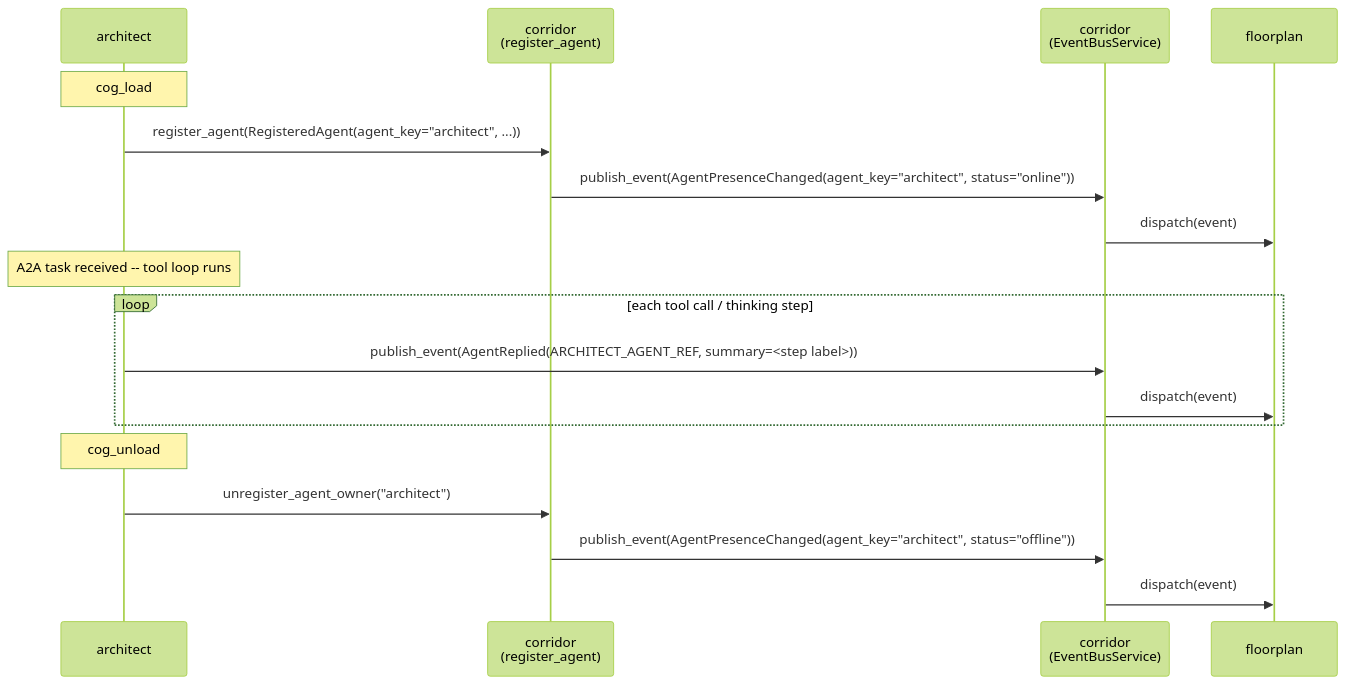
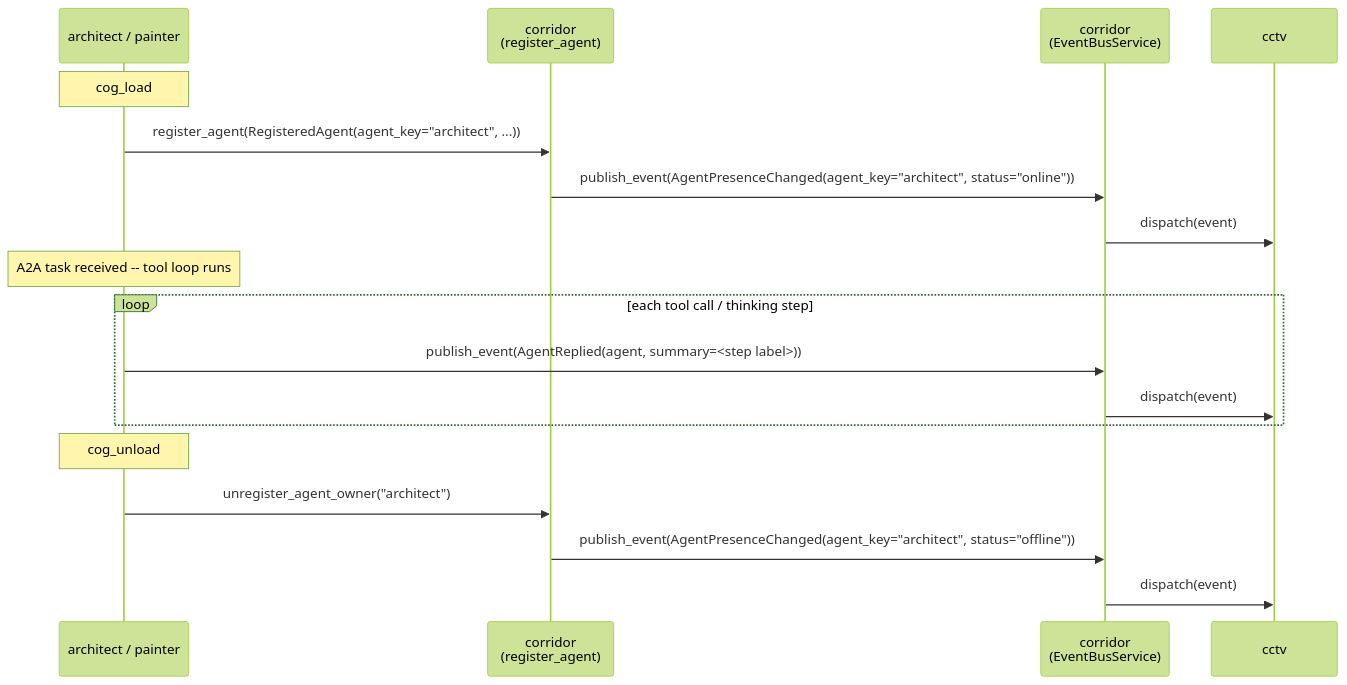
One commit to pixel-agents-hq/pixel-agents-cogs changed the third of 5 diagrams in docs/corridor-pubsub-design.md. Above: the diagram before and after it, drawn with Mermaid (forest theme). The commit also changed other lines of this file and 3 other files, not shown here.

````diff
--- a/docs/corridor-pubsub-design.md
+++ b/docs/corridor-pubsub-design.md
@@ -354,23 +242,23 @@
 ```mermaid
 sequenceDiagram
-    participant Arch as architect
+    participant Agent as architect / painter
     participant Cor as corridor<br/>(register_agent)
     participant C as corridor<br/>(EventBusService)
-    participant FP as floorplan
+    participant Sub as cctv
 
-    Note over Arch: cog_load
-    Arch->>Cor: register_agent(RegisteredAgent(agent_key="architect", ...))
+    Note over Agent: cog_load
+    Agent->>Cor: register_agent(RegisteredAgent(agent_key="architect", ...))
     Cor->>C: publish_event(AgentPresenceChanged(agent_key="architect", status="online"))
-    C->>FP: dispatch(event)
+    C->>Sub: dispatch(event)
 
-    Note over Arch: A2A task received -- tool loop runs
+    Note over Agent: A2A task received -- tool loop runs
     loop each tool call / thinking step
-        Arch->>C: publish_event(AgentReplied(ARCHITECT_AGENT_REF, summary=<step label>))
-        C->>FP: dispatch(event)
+        Agent->>C: publish_event(AgentReplied(agent, summary=<step label>))
+        C->>Sub: dispatch(event)
     end
 
-    Note over Arch: cog_unload
-    Arch->>Cor: unregister_agent_owner("architect")
+    Note over Agent: cog_unload
+    Agent->>Cor: unregister_agent_owner("architect")
     Cor->>C: publish_event(AgentPresenceChanged(agent_key="architect", status="offline"))
-    C->>FP: dispatch(event)
+    C->>Sub: dispatch(event)
 ```
````
